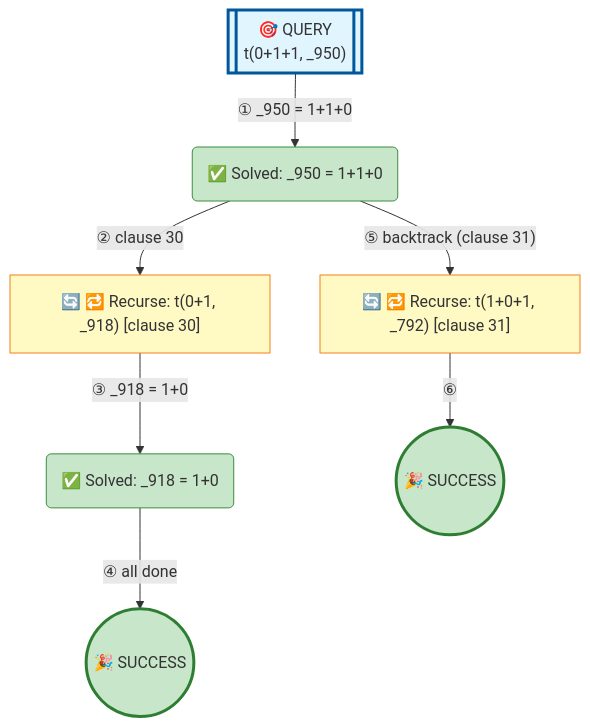
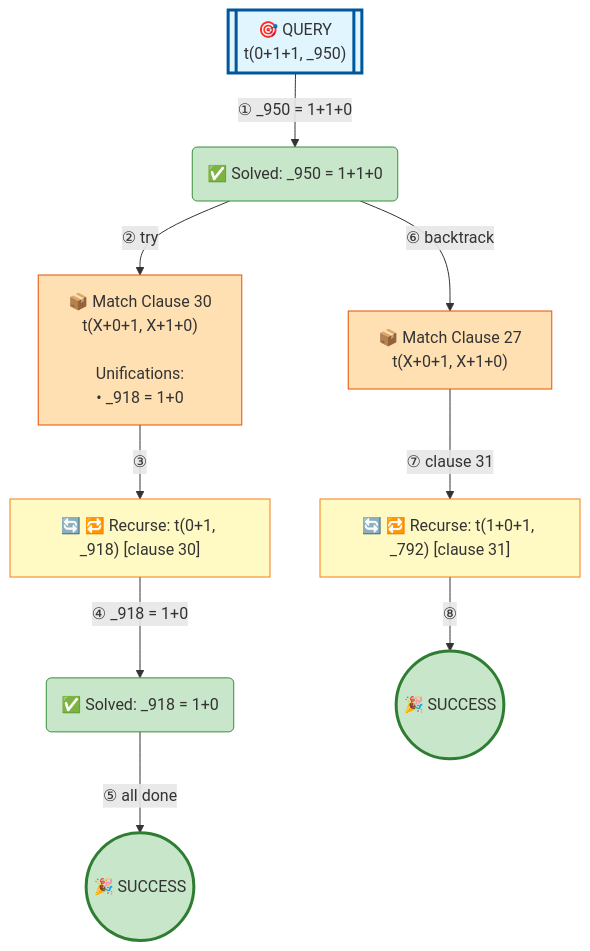
The diagram in examples/3_3_operators-full.md (jarecsni/prolog-trace-viz), drawn with Mermaid before and after one commit. The commit also changed other lines of this file and 15 other files, not shown here.

````diff
--- a/examples/3_3_operators-full.md
+++ b/examples/3_3_operators-full.md
@@ -17,29 +17,35 @@
 ```mermaid
 graph TD
 
 %% Nodes
 A[["🎯 QUERY<br/>t(0+1+1, _950)"]]
 B("✅ Solved: _950 = 1+1+0")
 C["🔄 🔁 Recurse: t(0+1, _918) [clause 30]"]
-D("✅ Solved: _918 = 1+0")
-E(("🎉 SUCCESS"))
-F["🔄 🔁 Recurse: t(1+0+1, _792) [clause 31]"]
-G(("🎉 SUCCESS"))
+D["📦 Match Clause 30<br/>t(X+0+1, X+1+0)<br/><br/>Unifications:<br/>• _918 = 1+0"]
+E("✅ Solved: _918 = 1+0")
+F(("🎉 SUCCESS"))
+G["📦 Match Clause 27<br/>t(X+0+1, X+1+0)"]
+H["🔄 🔁 Recurse: t(1+0+1, _792) [clause 31]"]
+I(("🎉 SUCCESS"))
 
 %% Edges
 A -->|"① _950 = 1+1+0"| B
-B -->|"② clause 30"| C
-C -->|"③ _918 = 1+0"| D
-D -->|"④ all done"| E
-B -->|"⑤ backtrack (clause 31)"| F
-F -->|"⑥"| G
+B -->|"② try"| D
+D -->|"③"| C
+C -->|"④ _918 = 1+0"| E
+E -->|"⑤ all done"| F
+B -->|"⑥ backtrack"| G
+G -->|"⑦ clause 31"| H
+H -->|"⑧"| I
 
 %% Styles
 style A fill:#e1f5ff,stroke:#01579b,stroke-width:3px
 style B fill:#c8e6c9,stroke:#388e3c
 style C fill:#fff9c4,stroke:#f57f17
-style D fill:#c8e6c9,stroke:#388e3c
-style E fill:#c8e6c9,stroke:#2e7d32,stroke-width:3px
-style F fill:#fff9c4,stroke:#f57f17
-style G fill:#c8e6c9,stroke:#2e7d32,stroke-width:3px
+style D fill:#ffe0b2,stroke:#e65100
+style E fill:#c8e6c9,stroke:#388e3c
+style F fill:#c8e6c9,stroke:#2e7d32,stroke-width:3px
+style G fill:#ffe0b2,stroke:#e65100
+style H fill:#fff9c4,stroke:#f57f17
+style I fill:#c8e6c9,stroke:#2e7d32,stroke-width:3px
 ```
````
